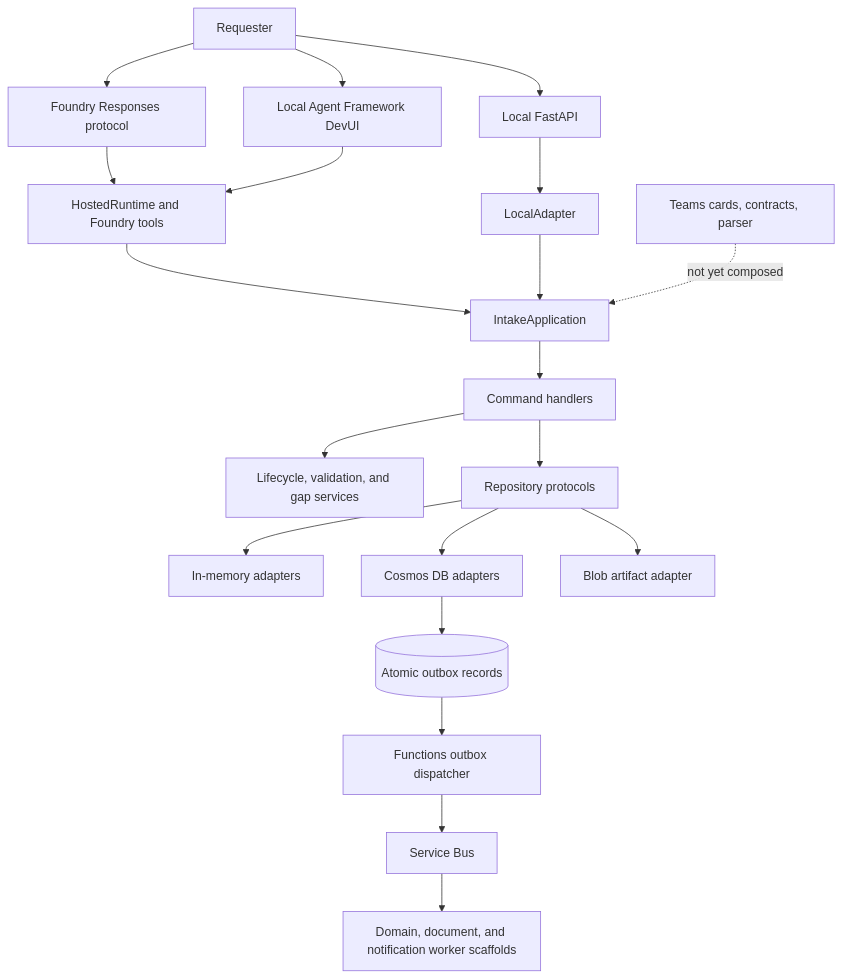
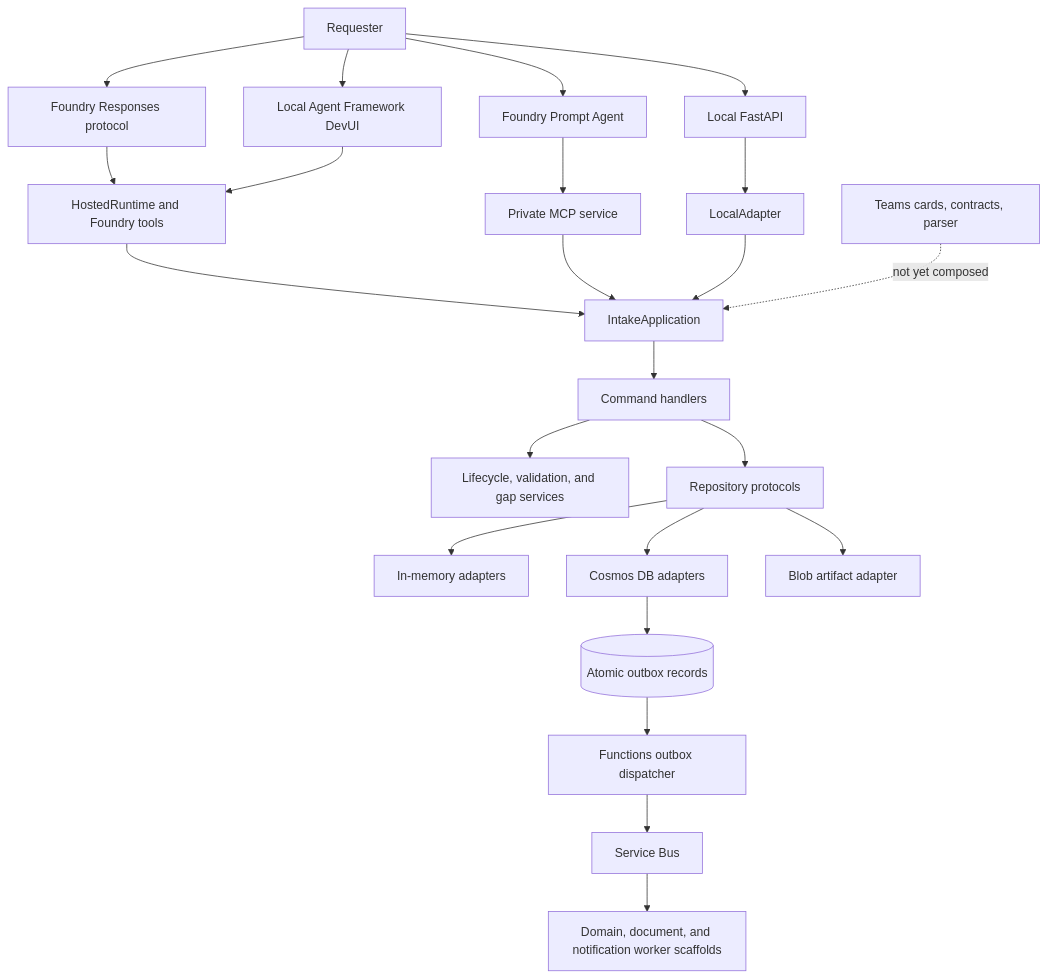
The first of 3 diagrams in docs/developer-guide.md (duongthaiha/intake-agent), drawn with Mermaid before and after one commit. The commit also changed other lines of this file and 49 other files, not shown here.

Commit message:
feat: add side-by-side prompt intake agent

````diff
--- a/docs/developer-guide.md
+++ b/docs/developer-guide.md
@@ -79,30 +81,33 @@
 ```mermaid
 flowchart TD
     User[Requester]
 
     User --> Foundry[Foundry Responses protocol]
+    User --> Prompt[Foundry Prompt Agent]
     User --> HTTP[Local FastAPI]
     User --> DevUI[Local Agent Framework DevUI]
 
     Foundry --> Hosted[HostedRuntime and Foundry tools]
+    Prompt --> MCP[Private MCP service]
     DevUI --> Hosted
     HTTP --> Local[LocalAdapter]
 
     Hosted --> App[IntakeApplication]
+    MCP --> App
     Local --> App
 
     App --> Handlers[Command handlers]
     Handlers --> Services[Lifecycle, validation, and gap services]
     Handlers --> Ports[Repository protocols]
 
     Ports --> Memory[In-memory adapters]
     Ports --> Cosmos[Cosmos DB adapters]
     Ports --> Blob[Blob artifact adapter]
 
     Cosmos --> Outbox[(Atomic outbox records)]
     Outbox --> Dispatcher[Functions outbox dispatcher]
     Dispatcher --> Bus[Service Bus]
     Bus --> WorkerStubs[Domain, document, and notification worker scaffolds]
 
     Teams[Teams cards, contracts, parser] -. not yet composed .-> App
 ```
````
